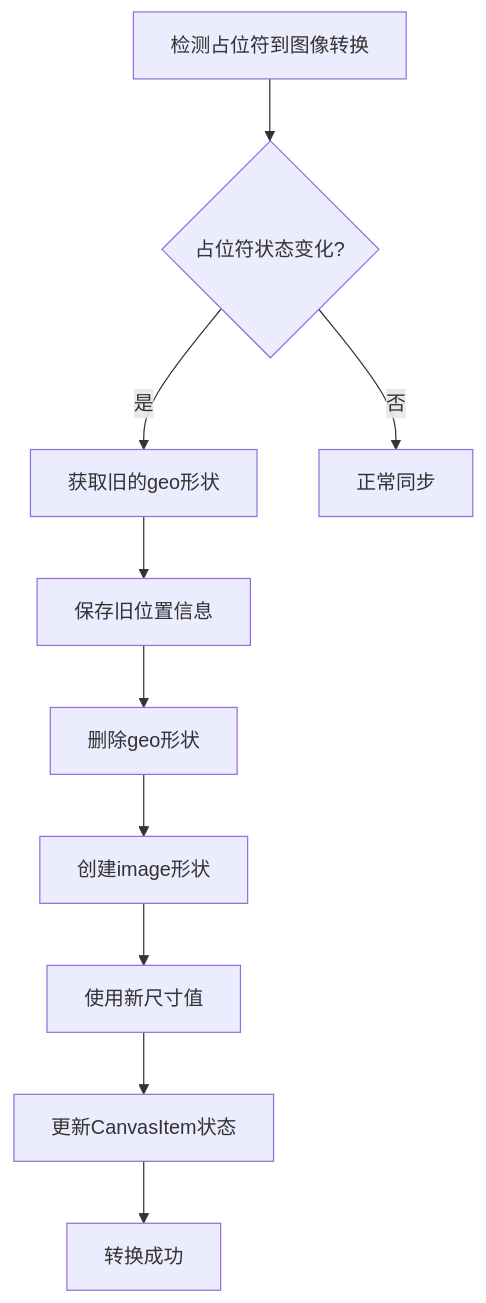
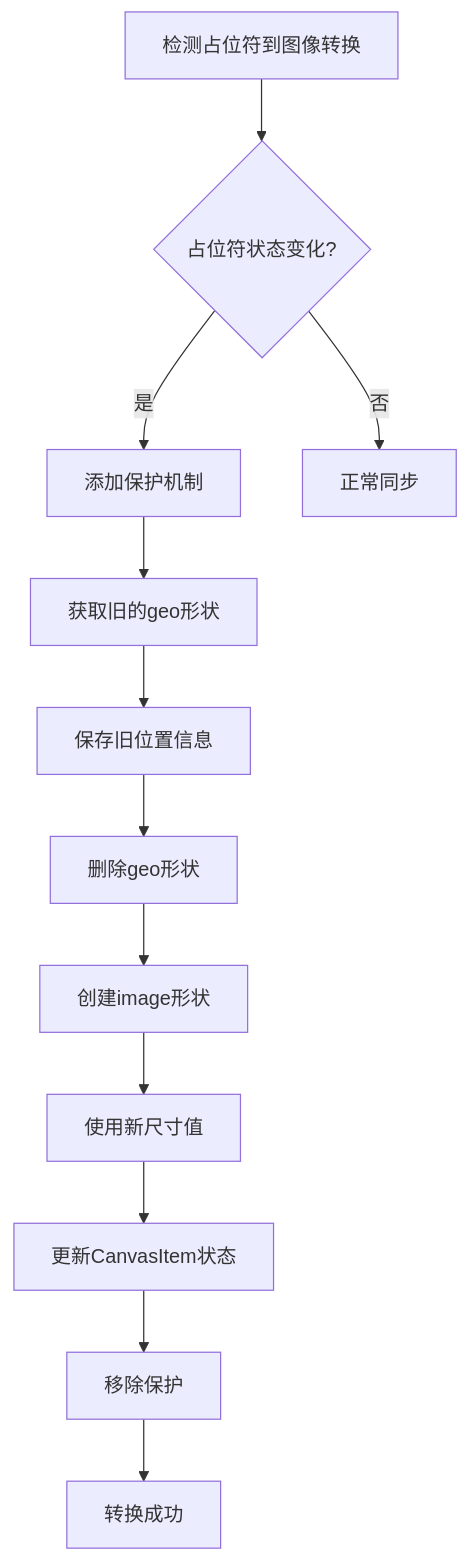
One commit to billye220670/BananaFlow2 changed diagram 16 of 29 in .qoder/repowiki/zh/content/核心功能模块/画布交互系统.md. Above: the diagram before and after it, drawn with Mermaid. The commit also changed other lines of this file and 22 other files, not shown here.

````diff
--- a/.qoder/repowiki/zh/content/核心功能模块/画布交互系统.md
+++ b/.qoder/repowiki/zh/content/核心功能模块/画布交互系统.md
@@ -645,12 +730,14 @@
 ```mermaid
 flowchart TD
 PlaceholderDetection[检测占位符到图像转换] --> CheckState{占位符状态变化?}
-CheckState --> |是| GetOldShape[获取旧的geo形状]
+CheckState --> |是| AddProtection[添加保护机制]
+AddProtection --> GetOldShape[获取旧的geo形状]
 GetOldShape --> SavePosition[保存旧位置信息]
 SavePosition --> DeleteGeo[删除geo形状]
 DeleteGeo --> CreateImage[创建image形状]
 CreateImage --> UseNewDimensions[使用新尺寸值]
 UseNewDimensions --> UpdateCanvasItem[更新CanvasItem状态]
-UpdateCanvasItem --> Success[转换成功]
+UpdateCanvasItem --> RemoveProtection[移除保护]
+RemoveProtection --> Success[转换成功]
 CheckState --> |否| NormalSync[正常同步]
 ```
````
